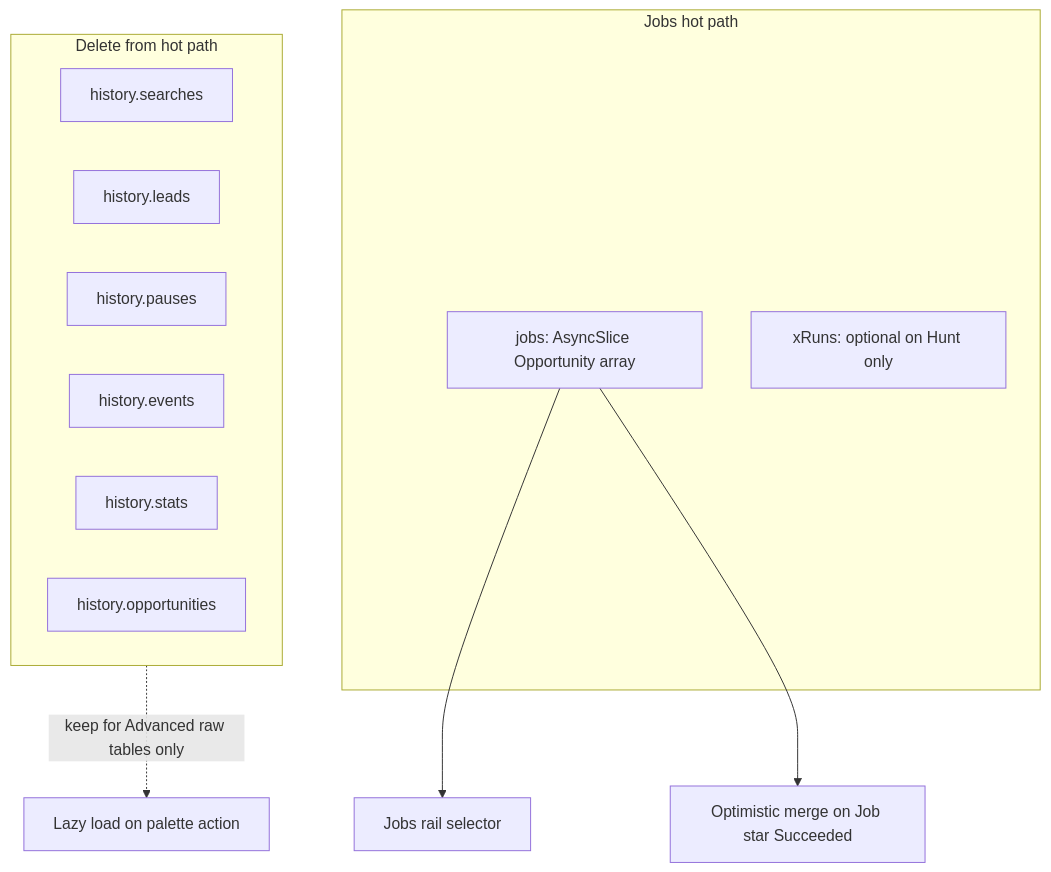
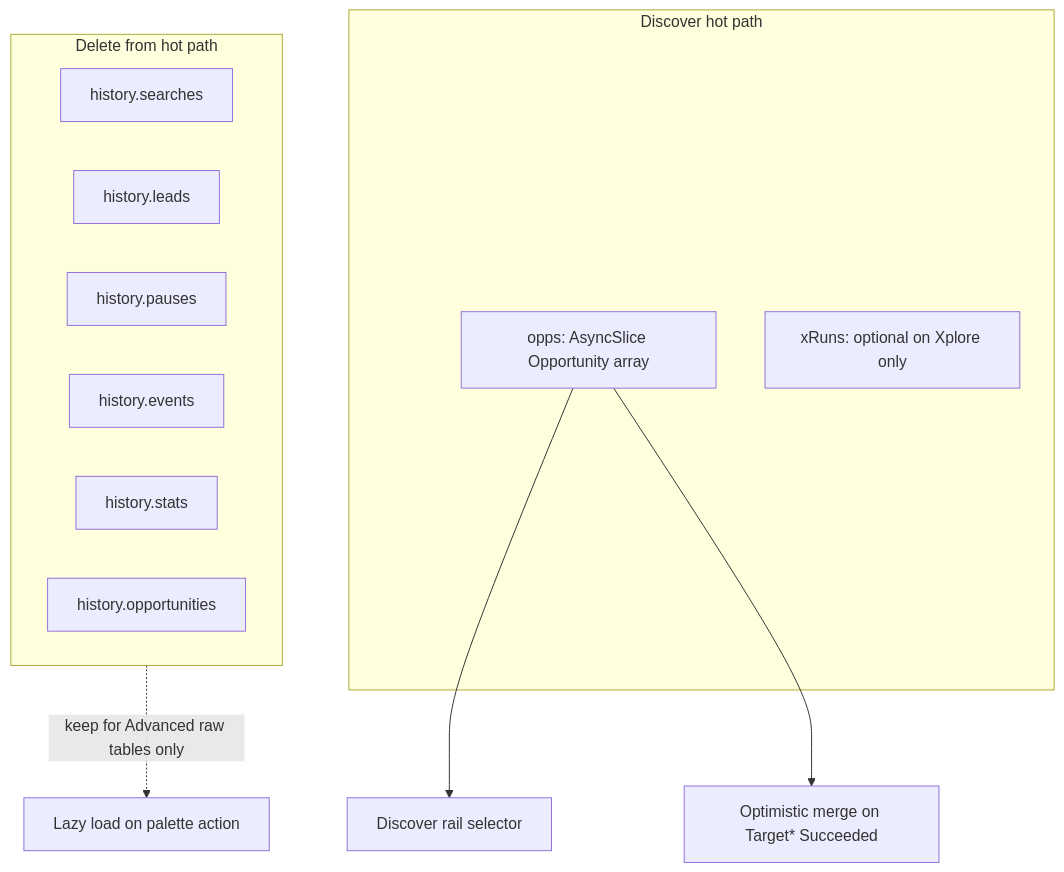
Before and after one commit to p10ns11y/collab-finder: the tenth of 13 diagrams in reports/single-pr-intuitive-product.md, drawn with Mermaid. The commit also changed other lines of this file and 2 other files, not shown here.

Commit message:
docs: fix Mermaid parse error in Current system diagram (quote node label with outer double quotes for inner ' ); update more terminology in reports to Discover/Xplore for 100% code reality

````diff
--- a/reports/single-pr-intuitive-product.md
+++ b/reports/single-pr-intuitive-product.md
@@ -352,18 +352,18 @@
 ```mermaid
 flowchart TB
   subgraph old["Delete from hot path"]
     h1[history.searches]
     h2[history.leads]
     h3[history.pauses]
     h4[history.events]
     h5[history.stats]
     h6[history.opportunities]
   end
-  subgraph new["Jobs hot path"]
-    jobs[jobs: AsyncSlice Opportunity array]
-    xruns[xRuns: optional on Hunt only]
+  subgraph new["Discover hot path"]
+    opps[opps: AsyncSlice Opportunity array]
+    xruns[xRuns: optional on Xplore only]
   end
   old -.->|keep for Advanced raw tables only| adv[Lazy load on palette action]
-  jobs --> rail[Jobs rail selector]
-  jobs --> opt[Optimistic merge on Job star Succeeded]
+  opps --> rail[Discover rail selector]
+  opps --> opt[Optimistic merge on Target* Succeeded]
 ```
````
